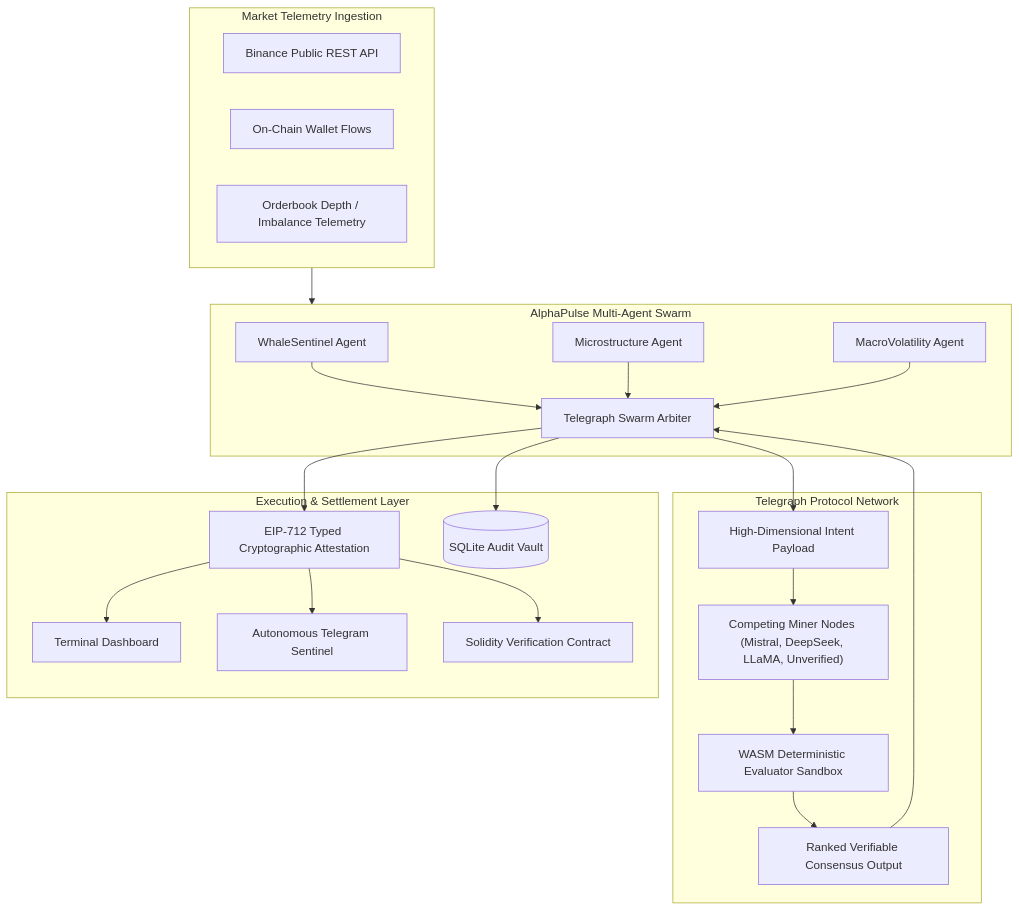
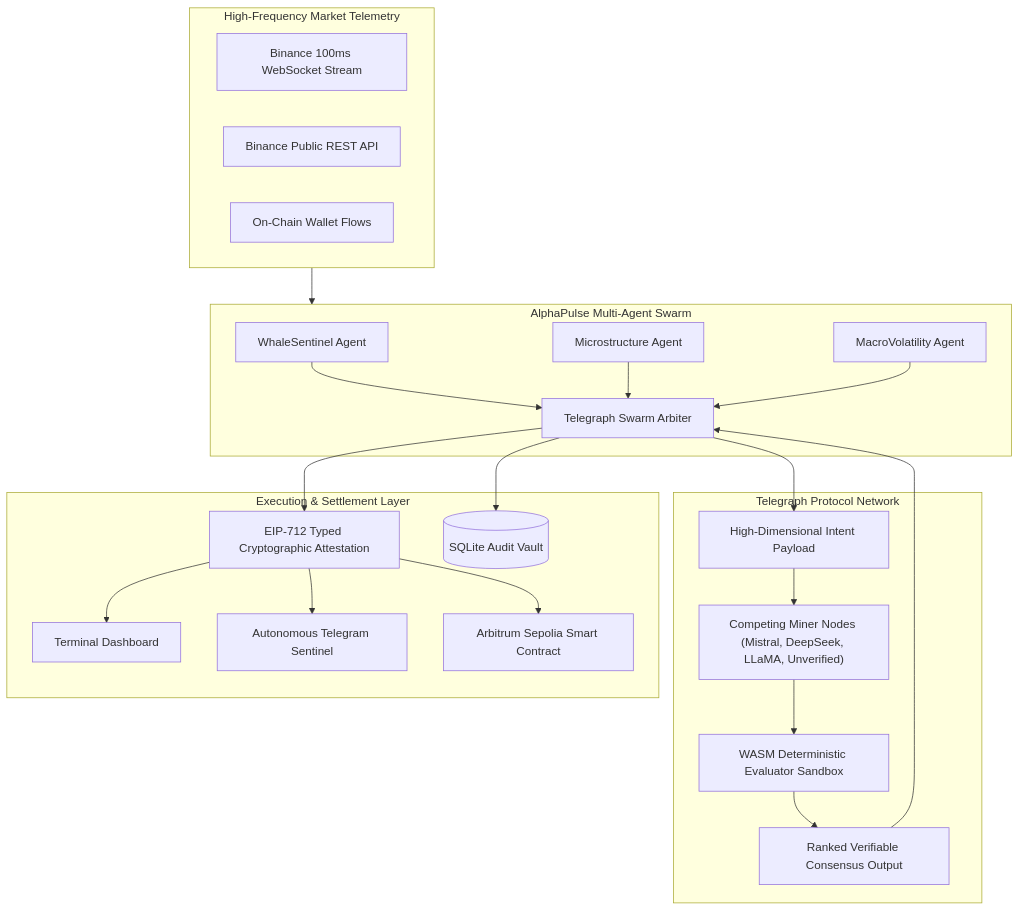
One commit to rodrigoocbz/telegraph-alphapulse changed the diagram in README.md. Above: the diagram before and after it, drawn with Mermaid. The commit also changed other lines of this file and 8 other files, not shown here.

Commit message:
feat: complete enterprise infrastructure: 100ms WebSocket, Docker stack, CI test spec, and Arbitrum Sepolia on-chain verification

````diff
--- a/README.md
+++ b/README.md
@@ -31,41 +35,41 @@
 ```mermaid
 flowchart TD
-    subgraph Market ["Market Telemetry Ingestion"]
-        Binance["Binance Public REST API"]
+    subgraph Market ["High-Frequency Market Telemetry"]
+        BinanceWS["Binance 100ms WebSocket Stream"]
+        BinanceREST["Binance Public REST API"]
         OnChain["On-Chain Wallet Flows"]
-        Orderbook["Orderbook Depth / Imbalance Telemetry"]
     end
 
     subgraph Swarm ["AlphaPulse Multi-Agent Swarm"]
         Whale["WhaleSentinel Agent"]
         Micro["Microstructure Agent"]
         Macro["MacroVolatility Agent"]
         Arbiter["Telegraph Swarm Arbiter"]
     end
 
     subgraph Protocol ["Telegraph Protocol Network"]
         Intent["High-Dimensional Intent Payload"]
         Miners["Competing Miner Nodes (Mistral, DeepSeek, LLaMA, Unverified)"]
         WASM["WASM Deterministic Evaluator Sandbox"]
         Consensus["Ranked Verifiable Consensus Output"]
     end
 
     subgraph Execution ["Execution & Settlement Layer"]
         EIP712["EIP-712 Typed Cryptographic Attestation"]
         DB[("SQLite Audit Vault")]
         Streamlit["Terminal Dashboard"]
         Telegram["Autonomous Telegram Sentinel"]
-        SmartContract["Solidity Verification Contract"]
+        SmartContract["Arbitrum Sepolia Smart Contract"]
     end
 
     Market --> Swarm
     Whale & Micro & Macro --> Arbiter
     Arbiter --> Intent
     Intent --> Miners
     Miners --> WASM
     WASM --> Consensus
     Consensus --> Arbiter
     Arbiter --> EIP712
     Arbiter --> DB
     EIP712 --> Streamlit & Telegram & SmartContract
 ```
````
